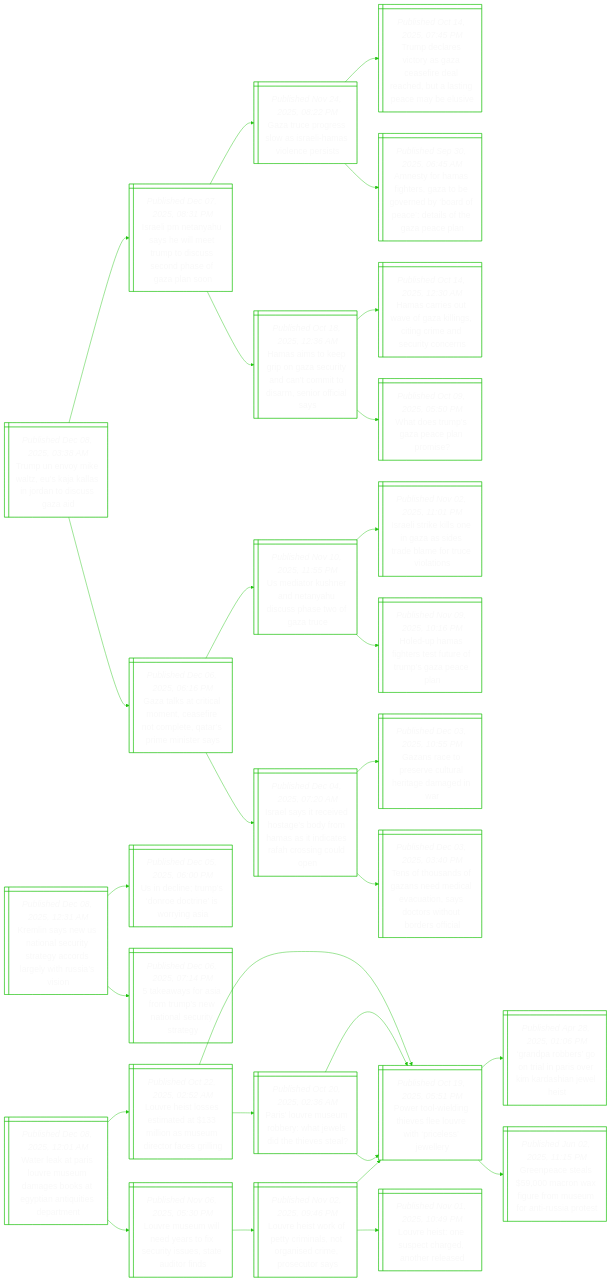
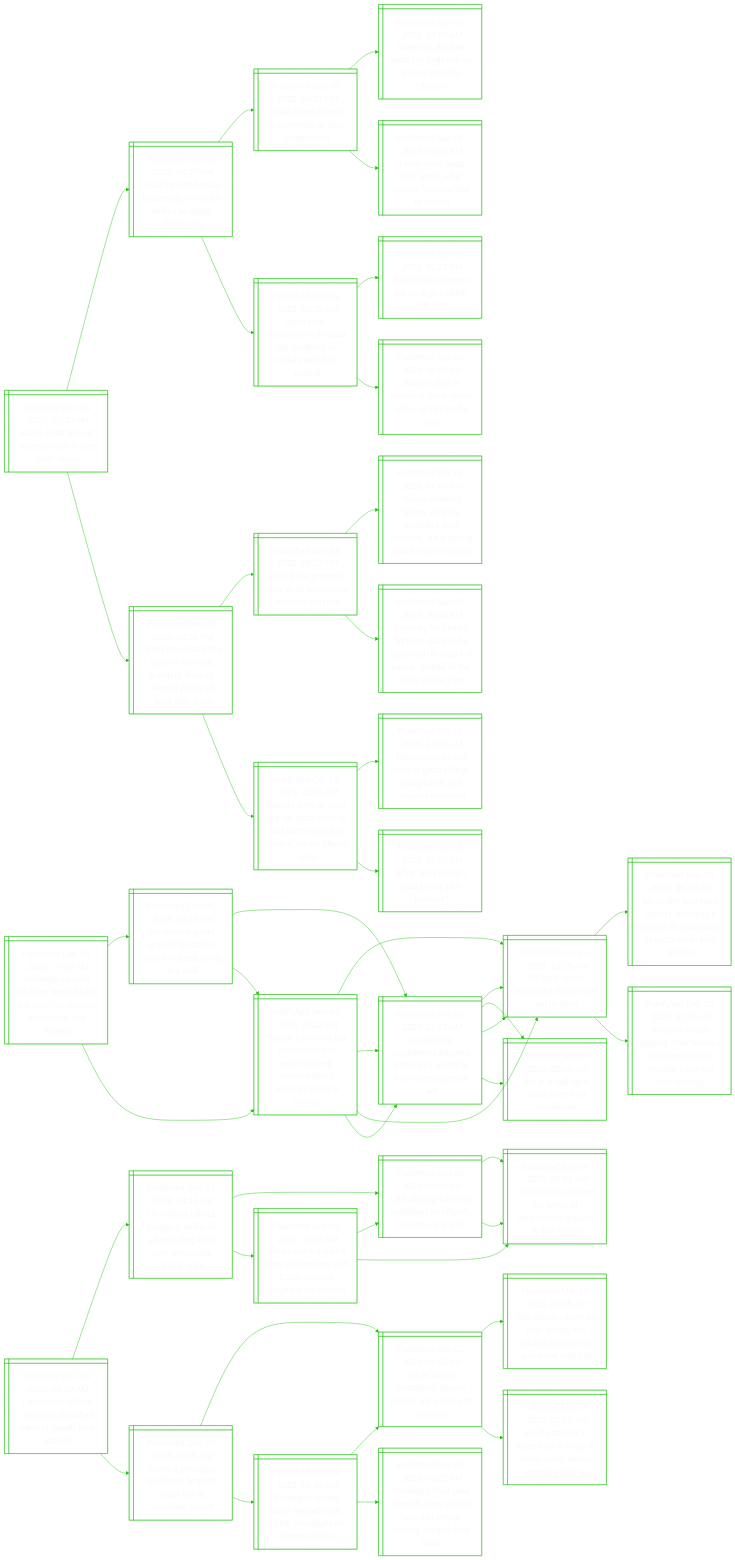
One commit to notJmes/notJmes changed the diagram in README.md. Above: the diagram before and after it, drawn with Mermaid. The commit also changed other lines of this file, not shown here.

````diff
--- a/README.md
+++ b/README.md
@@ -16,8 +16,22 @@
 flowchart LR
 classDef txtsize font-size:20px;
 
-TUoezalnaisa@{ shape: win-pane, label: "_Published Dec 08, 2025, 03:38 AM_
-Trump un envoy mike waltz, eu’s kaja kallas in jordan to discuss gaza aid" }
+IlrSeeNro@{ shape: win-pane, label: "_Published Dec 08, 2025, 07:30 AM_
+Israel, qatar and us secretly meet in new york: report" }
+Ilemahmaroais@{ shape: win-pane, label: "_Published Sep 09, 2025, 09:27 PM_
+Israel targets hamas leadership in military strikes on qatar, officials say" }
+Ilssreana@{ shape: win-pane, label: "_Published Sep 08, 2025, 04:31 PM_
+Israel warns hamas to surrender or face ‘annihilation’" }
+Ilaeahitsnos@{ shape: win-pane, label: "_Published Sep 08, 2025, 03:55 AM_
+Israel hits another gaza city high-rise as troops intensify offensive" }
+Teaanrisnos@{ shape: win-pane, label: "_Published Sep 08, 2025, 03:21 AM_
+Trump eyes gaza deal ‘soon’, after issuing ‘last warning’ to hamas" }
+Lnthlareseeis@{ shape: win-pane, label: "_Published Sep 09, 2025, 02:18 AM_
+‘leave now’, netanyahu tells gaza city residents as israel intensifies assault" }
+Ptneltsbo@{ shape: win-pane, label: "_Published Sep 08, 2025, 05:21 PM_
+Palestinian gunmen kill six at jerusalem bus stop" }
+IlkvitSneidy@{ shape: win-pane, label: "_Published Sep 09, 2025, 06:21 AM_
+Israel strikes in vicinity of three syrian cities, syrian media say" }
 Ileayiemisnsaan@{ shape: win-pane, label: "_Published Dec 07, 2025, 08:31 PM_
 Israeli pm netanyahu says he will meet trump to discuss second phase of gaza plan soon" }
 GrrswrHvnrs@{ shape: win-pane, label: "_Published Nov 24, 2025, 08:22 PM_
@@ -32,81 +46,112 @@
 Hamas carries out wave of gaza killings, citing crime and security concerns" }
 Wouaaam@{ shape: win-pane, label: "_Published Oct 09, 2025, 05:50 PM_
 What does trump’s gaza peace plan promise?" }
-GatiocfopQsesa@{ shape: win-pane, label: "_Published Dec 06, 2025, 06:16 PM_
-Gaza talks at critical moment, ceasefire not complete, qatar’s prime minister says" }
-UiKeNyiseft@{ shape: win-pane, label: "_Published Nov 10, 2025, 11:55 PM_
-Us mediator kushner and netanyahu discuss phase two of gaza truce" }
-Ililezirlocln@{ shape: win-pane, label: "_Published Nov 02, 2025, 11:01 PM_
-Israeli strike kills one in gaza as sides trade blame for truce violations" }
-Huahtuomzcn@{ shape: win-pane, label: "_Published Nov 09, 2025, 10:16 PM_
-Holed-up hamas fighters test future of trump’s gaza peace plan" }
-Iliehgdmsiaarnln@{ shape: win-pane, label: "_Published Dec 04, 2025, 07:20 AM_
-Israel says it received hostage’s body from hamas as it indicates rafah crossing could open" }
-Gstscrregw@{ shape: win-pane, label: "_Published Dec 03, 2025, 10:55 PM_
-Gazans race to preserve cultural heritage damaged in war" }
-TfsoaeivtacWudfa@{ shape: win-pane, label: "_Published Dec 03, 2025, 03:40 PM_
-Tens of thousands of gazans need medical evacuation, says doctors without borders official" }
 
-TUoezalnaisa:::txtsize --> Ileayiemisnsaan:::txtsize
+IlrSeeNro:::txtsize --> Ilemahmaroais:::txtsize
+Ilemahmaroais:::txtsize --> Ilssreana:::txtsize
+Ilssreana:::txtsize --> Ilaeahitsnos:::txtsize
+Ilssreana:::txtsize --> Teaanrisnos:::txtsize
+Ilemahmaroais:::txtsize --> Lnthlareseeis:::txtsize
+Lnthlareseeis:::txtsize --> Ptneltsbo:::txtsize
+Lnthlareseeis:::txtsize --> IlkvitSneidy:::txtsize
+IlrSeeNro:::txtsize --> Ileayiemisnsaan:::txtsize
 Ileayiemisnsaan:::txtsize --> GrrswrHvnrs:::txtsize
 GrrswrHvnrs:::txtsize --> Tdrcaaededlncbs:::txtsize
 GrrswrHvnrs:::txtsize --> AtHfezerydatoGel:::txtsize
 Ileayiemisnsaan:::txtsize --> Haognsidctseoiy:::txtsize
 Haognsidctseoiy:::txtsize --> Hcewfkntrnucr:::txtsize
 Haognsidctseoiy:::txtsize --> Wouaaam:::txtsize
-TUoezalnaisa:::txtsize --> GatiocfopQsesa:::txtsize
-GatiocfopQsesa:::txtsize --> UiKeNyiseft:::txtsize
-UiKeNyiseft:::txtsize --> Ililezirlocln:::txtsize
-UiKeNyiseft:::txtsize --> Huahtuomzcn:::txtsize
-GatiocfopQsesa:::txtsize --> Iliehgdmsiaarnln:::txtsize
-Iliehgdmsiaarnln:::txtsize --> Gstscrregw:::txtsize
-Iliehgdmsiaarnln:::txtsize --> TfsoaeivtacWudfa:::txtsize
 
-KisSoetaadgisvn@{ shape: win-pane, label: "_Published Dec 08, 2025, 12:31 AM_
-Kremlin says new us national security strategy accords largely with russia’s vision" }
-Ueeprcerg@{ shape: win-pane, label: "_Published Dec 05, 2025, 06:00 PM_
-Us in decline; trump’s ‘donroe doctrine’ is worrying asia" }
-twoaTsaause@{ shape: win-pane, label: "_Published Dec 06, 2025, 07:14 PM_
-5 takeaways for asia from trump’s new national security strategy" }
+Kdcdrnccoertae@{ shape: win-pane, label: "_Published Dec 08, 2025, 07:15 AM_
+Kennedy vaccine advisers ‘turned back the clock’ on disease prevention, say experts" }
+Ucaphiaetrrf@{ shape: win-pane, label: "_Published Dec 06, 2025, 10:25 AM_
+Us vaccine panel upends hepatitis b advice in latest trump-era shift" }
+Ucotethsdssny@{ shape: win-pane, label: "_Published Dec 03, 2025, 11:01 AM_
+Us vaccine committee’s hepatitis b changes would be most consequential yet" }
+Usyidcsre@{ shape: win-pane, label: "_Published Dec 03, 2025, 10:25 AM_
+Us fda’s newly appointed drugs chief set to retire" }
+Rifttiec@{ shape: win-pane, label: "_Published Jan 02, 2025, 05:00 AM_
+Rfk jr is half right about american healthcare" }
+TeeDmoespeoevnn@{ shape: win-pane, label: "_Published Dec 04, 2025, 10:12 AM_
+Twelve former us fda commissioners express deep concern about agency’s vaccine change" }
+Usyidcsre@{ shape: win-pane, label: "_Published Dec 03, 2025, 10:25 AM_
+Us fda’s newly appointed drugs chief set to retire" }
+Ucotethsdssny@{ shape: win-pane, label: "_Published Dec 03, 2025, 11:01 AM_
+Us vaccine committee’s hepatitis b changes would be most consequential yet" }
+TeeDmoespeoevnn@{ shape: win-pane, label: "_Published Dec 04, 2025, 10:12 AM_
+Twelve former us fda commissioners express deep concern about agency’s vaccine change" }
+Usyidcsre@{ shape: win-pane, label: "_Published Dec 03, 2025, 10:25 AM_
+Us fda’s newly appointed drugs chief set to retire" }
+Ulcreeyituuaeole@{ shape: win-pane, label: "_Published Nov 18, 2025, 05:10 AM_
+Us health secretary robert f. kennedy jr tries to tie aluminium in vaccines to food allergies" }
+FUleheioeepento@{ shape: win-pane, label: "_Published Sep 18, 2025, 01:56 AM_
+Fired us health agency chief testifies about pressure to ‘replace evidence with ideology’" }
+Ucotethsdssny@{ shape: win-pane, label: "_Published Dec 03, 2025, 11:01 AM_
+Us vaccine committee’s hepatitis b changes would be most consequential yet" }
+Usyidcsre@{ shape: win-pane, label: "_Published Dec 03, 2025, 10:25 AM_
+Us fda’s newly appointed drugs chief set to retire" }
+Rifttiec@{ shape: win-pane, label: "_Published Jan 02, 2025, 05:00 AM_
+Rfk jr is half right about american healthcare" }
 
-KisSoetaadgisvn:::txtsize --> Ueeprcerg:::txtsize
-KisSoetaadgisvn:::txtsize --> twoaTsaause:::txtsize
+Kdcdrnccoertae:::txtsize --> Ucaphiaetrrf:::txtsize
+Ucaphiaetrrf:::txtsize --> Ucotethsdssny:::txtsize
+Ucotethsdssny:::txtsize --> Usyidcsre:::txtsize
+Ucotethsdssny:::txtsize --> Rifttiec:::txtsize
+Ucaphiaetrrf:::txtsize --> TeeDmoespeoevnn:::txtsize
+TeeDmoespeoevnn:::txtsize --> Usyidcsre:::txtsize
+TeeDmoespeoevnn:::txtsize --> Ucotethsdssny:::txtsize
+Kdcdrnccoertae:::txtsize --> TeeDmoespeoevnn:::txtsize
+TeeDmoespeoevnn:::txtsize --> Usyidcsre:::txtsize
+Usyidcsre:::txtsize --> Ulcreeyituuaeole:::txtsize
+Usyidcsre:::txtsize --> FUleheioeepento:::txtsize
+TeeDmoespeoevnn:::txtsize --> Ucotethsdssny:::txtsize
+Ucotethsdssny:::txtsize --> Usyidcsre:::txtsize
+Ucotethsdssny:::txtsize --> Rifttiec:::txtsize
 
-Wltsrembapausrt@{ shape: win-pane, label: "_Published Dec 08, 2025, 12:01 AM_
-Water leak at paris louvre museum damages books at egyptian antiquities department" }
-Leteidlaerrsl@{ shape: win-pane, label: "_Published Oct 22, 2025, 02:52 AM_
-Louvre heist losses estimated at $133 million as museum director faces grilling" }
-Ptineluiisey@{ shape: win-pane, label: "_Published Oct 19, 2025, 05:51 PM_
-Power tool-wielding thieves flee louvre with ‘priceless’ jewellery" }
-GpboiPoidaes@{ shape: win-pane, label: "_Published Apr 28, 2025, 01:06 PM_
-‘grandpa robbers’ go on trial in paris over kim kardashian jewel heist" }
-Gpssofemmnsrt@{ shape: win-pane, label: "_Published Jun 02, 2025, 11:15 PM_
-Greenpeace steals $59,000 macron wax figure from museum for anti-russia protest" }
-PLeubhwitea@{ shape: win-pane, label: "_Published Oct 20, 2025, 02:36 AM_
-Paris’ louvre museum robbery: what jewels did the thieves steal?" }
-Ptineluiisey@{ shape: win-pane, label: "_Published Oct 19, 2025, 05:51 PM_
-Power tool-wielding thieves flee louvre with ‘priceless’ jewellery" }
-Ptineluiisey@{ shape: win-pane, label: "_Published Oct 19, 2025, 05:51 PM_
-Power tool-wielding thieves flee louvre with ‘priceless’ jewellery" }
-Leulytsisturs@{ shape: win-pane, label: "_Published Nov 06, 2025, 05:30 PM_
-Louvre museum will need years to fix security issues, state auditor finds" }
-Letotmsrsioty@{ shape: win-pane, label: "_Published Nov 02, 2025, 09:46 PM_
-Louvre heist work of petty criminals, not organised crime, prosecutor says" }
-Ptineluiisey@{ shape: win-pane, label: "_Published Oct 19, 2025, 05:51 PM_
-Power tool-wielding thieves flee louvre with ‘priceless’ jewellery" }
-Letutgors@{ shape: win-pane, label: "_Published Nov 01, 2025, 10:49 PM_
-Louvre heist: one suspect charged, another released" }
+Draracivodaa@{ shape: win-pane, label: "_Published Dec 08, 2025, 06:50 AM_
+Democrats call for releasing classified video of deadly boat attacks" }
+UikperngutVura@{ shape: win-pane, label: "_Published Sep 03, 2025, 04:19 AM_
+Us military kills 11 people in strike on alleged drug boat from venezuela, trump says" }
+Ulfsrafapay@{ shape: win-pane, label: "_Published Aug 30, 2025, 03:43 AM_
+Us builds up forces in caribbean as officials, experts, ask why" }
+Ursratnldoi@{ shape: win-pane, label: "_Published Aug 08, 2025, 06:51 AM_
+Us increases reward for arrest of venezeula’s maduro to $64 million" }
+Ursratnldoi@{ shape: win-pane, label: "_Published Aug 08, 2025, 06:51 AM_
+Us increases reward for arrest of venezeula’s maduro to $64 million" }
+VuMoUswieggoy@{ shape: win-pane, label: "_Published Sep 02, 2025, 01:19 AM_
+Venezuela’s maduro says us warships with 1,200 missiles targeting his country" }
+Ulfsrafapay@{ shape: win-pane, label: "_Published Aug 30, 2025, 03:43 AM_
+Us builds up forces in caribbean as officials, experts, ask why" }
+Ursratnldoi@{ shape: win-pane, label: "_Published Aug 08, 2025, 06:51 AM_
+Us increases reward for arrest of venezeula’s maduro to $64 million" }
+Tsahegufsdo@{ shape: win-pane, label: "_Published Dec 07, 2025, 10:25 AM_
+Trump’s pentagon chief pete hegseth under fire as scandals mount" }
+WHmkssnliui@{ shape: win-pane, label: "_Published Mar 25, 2025, 04:50 AM_
+White house mistakenly shares yemen war plans with journalist" }
+Hiinuposhrah@{ shape: win-pane, label: "_Published Mar 17, 2025, 03:35 PM_
+‘hell will rain down on you’: trump, the houthis and the us’ proxy war with iran" }
+HicYfsteloofU@{ shape: win-pane, label: "_Published Mar 24, 2025, 07:55 AM_
+Houthi attacks in yemen force ships to make costly detour around africa: us" }
+PgvaHtrasoei@{ shape: win-pane, label: "_Published Dec 04, 2025, 05:30 AM_
+Pentagon review faults hegseth over signal messages on yemen strikes" }
+WHmkssnliui@{ shape: win-pane, label: "_Published Mar 25, 2025, 04:50 AM_
+White house mistakenly shares yemen war plans with journalist" }
+Pgitsahltnkldb@{ shape: win-pane, label: "_Published Dec 03, 2025, 03:21 AM_
+Pentagon chief pete hegseth says us has ‘only just begun’ striking alleged drug boats" }
 
-Wltsrembapausrt:::txtsize --> Leteidlaerrsl:::txtsize
-Leteidlaerrsl:::txtsize --> Ptineluiisey:::txtsize
-Ptineluiisey:::txtsize --> GpboiPoidaes:::txtsize
-Ptineluiisey:::txtsize --> Gpssofemmnsrt:::txtsize
-Leteidlaerrsl:::txtsize --> PLeubhwitea:::txtsize
-PLeubhwitea:::txtsize --> Ptineluiisey:::txtsize
-PLeubhwitea:::txtsize --> Ptineluiisey:::txtsize
-Wltsrembapausrt:::txtsize --> Leulytsisturs:::txtsize
-Leulytsisturs:::txtsize --> Letotmsrsioty:::txtsize
-Letotmsrsioty:::txtsize --> Ptineluiisey:::txtsize
-Letotmsrsioty:::txtsize --> Letutgors:::txtsize
+Draracivodaa:::txtsize --> UikperngutVura:::txtsize
+UikperngutVura:::txtsize --> Ulfsrafapay:::txtsize
+Ulfsrafapay:::txtsize --> Ursratnldoi:::txtsize
+Ulfsrafapay:::txtsize --> Ursratnldoi:::txtsize
+UikperngutVura:::txtsize --> VuMoUswieggoy:::txtsize
+VuMoUswieggoy:::txtsize --> Ulfsrafapay:::txtsize
+VuMoUswieggoy:::txtsize --> Ursratnldoi:::txtsize
+Draracivodaa:::txtsize --> Tsahegufsdo:::txtsize
+Tsahegufsdo:::txtsize --> WHmkssnliui:::txtsize
+WHmkssnliui:::txtsize --> Hiinuposhrah:::txtsize
+WHmkssnliui:::txtsize --> HicYfsteloofU:::txtsize
+Tsahegufsdo:::txtsize --> PgvaHtrasoei:::txtsize
+PgvaHtrasoei:::txtsize --> WHmkssnliui:::txtsize
+PgvaHtrasoei:::txtsize --> Pgitsahltnkldb:::txtsize
 
 ```
````
